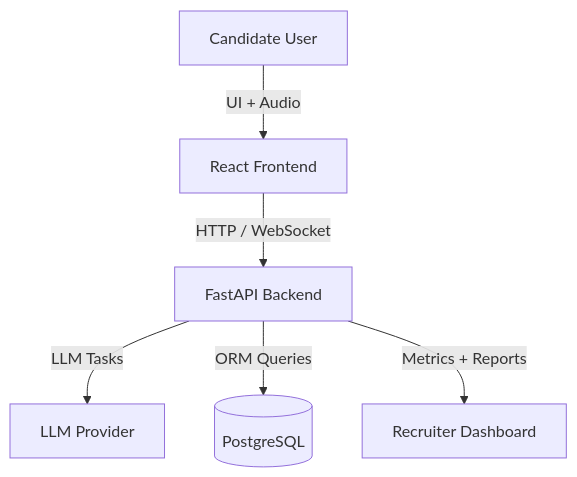
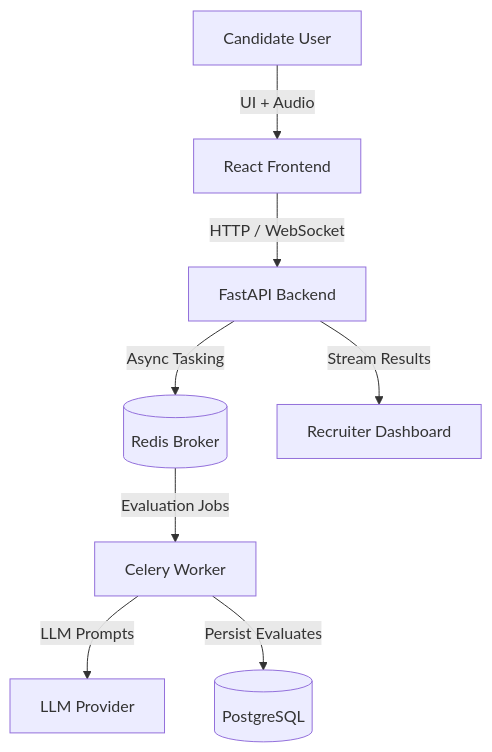
One commit to VisionExpo/intervux-ai changed the diagram in README.md. Above: the diagram before and after it, drawn with Mermaid. The commit also changed other lines of this file, not shown here.

````diff
--- a/README.md
+++ b/README.md
@@ -115,8 +185,10 @@
 ```mermaid
 flowchart TD
     User[Candidate User] -->|UI + Audio| Frontend[React Frontend]
     Frontend -->|HTTP / WebSocket| Backend[FastAPI Backend]
-    Backend -->|LLM Tasks| Provider[LLM Provider]
-    Backend -->|ORM Queries| PostgreSQL[(PostgreSQL)]
-    Backend -->|Metrics + Reports| Dashboard[Recruiter Dashboard]
+    Backend -->|Async Tasking| Redis[(Redis Broker)]
+    Redis -->|Evaluation Jobs| Worker[Celery Worker]
+    Worker -->|LLM Prompts| Provider[LLM Provider]
+    Worker -->|Persist Evaluates| PostgreSQL[(PostgreSQL)]
+    Backend -->|Stream Results| Dashboard[Recruiter Dashboard]
 ```
````
